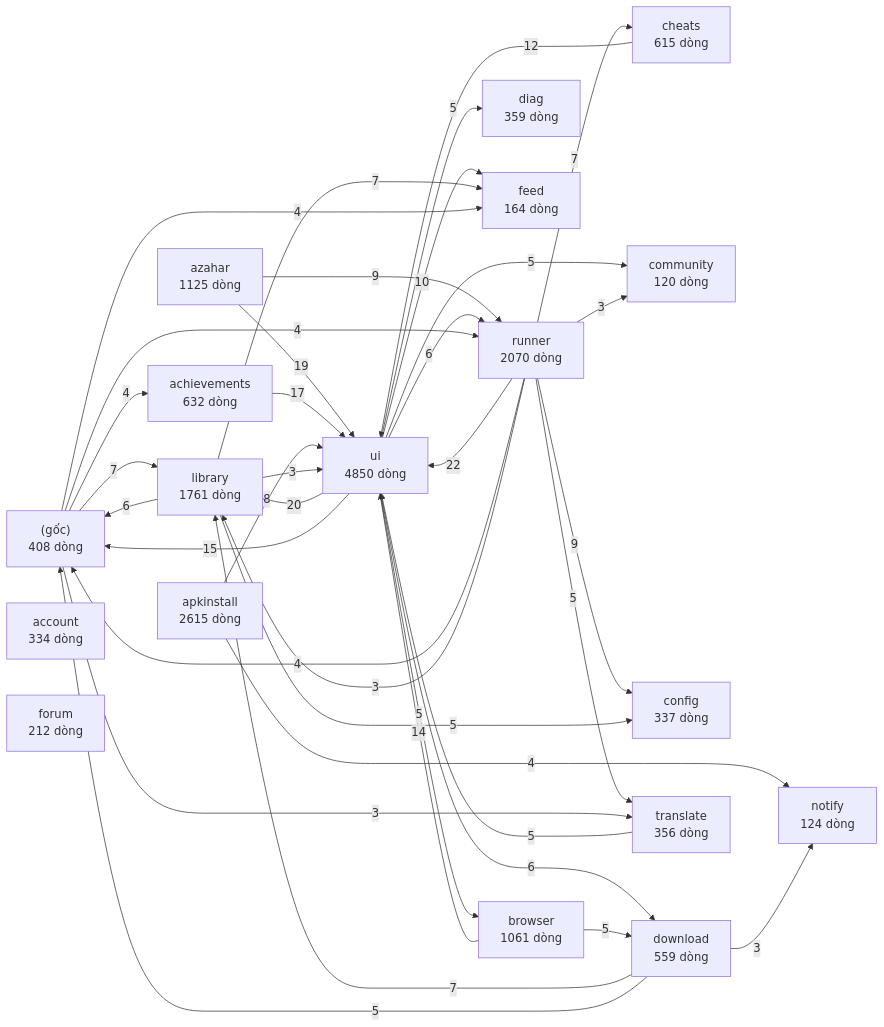
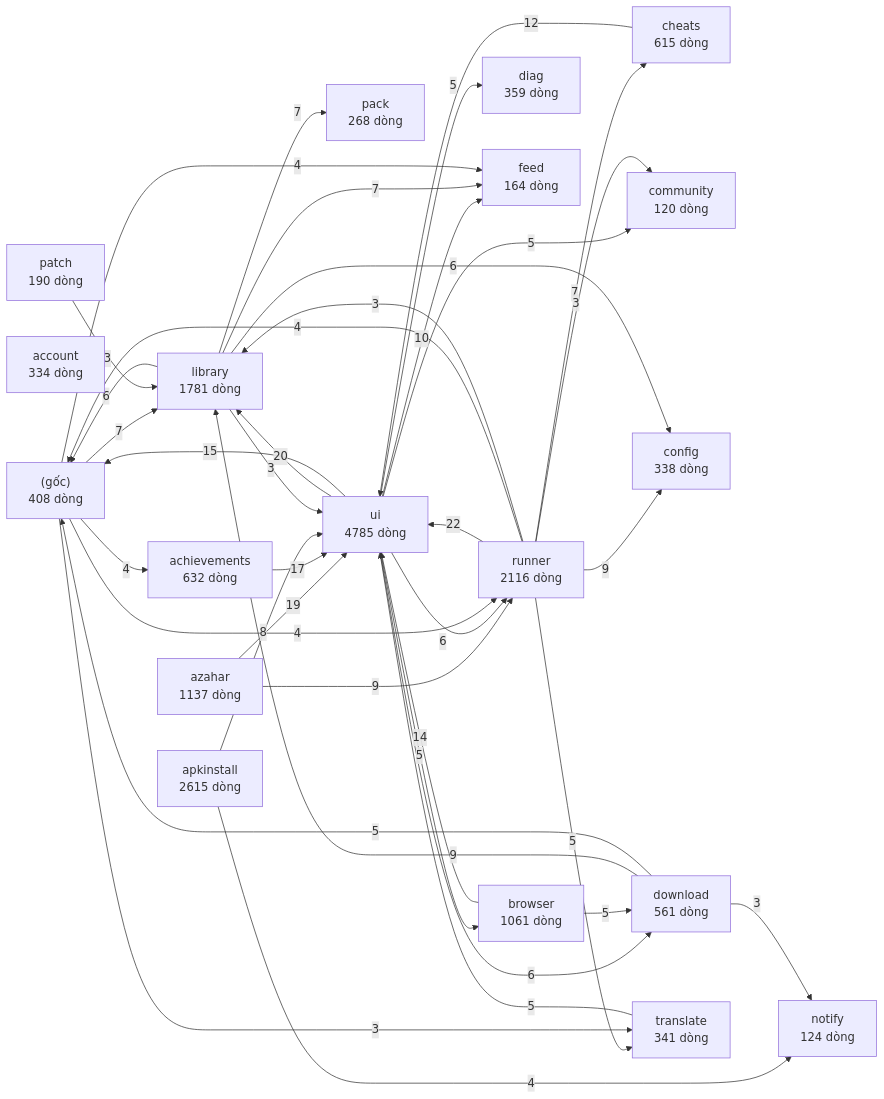
The diagram in docs/KIEN-TRUC.md (aowvn-10diem/aowvn-monika), drawn with Mermaid before and after one commit. The commit also changed other lines of this file and 11 other files, not shown here.

````diff
--- a/docs/KIEN-TRUC.md
+++ b/docs/KIEN-TRUC.md
@@ -39,57 +40,60 @@
 ```mermaid
 flowchart LR
   root["(gốc)\n408 dòng"]
   account["account\n334 dòng"]
   achievements["achievements\n632 dòng"]
   apkinstall["apkinstall\n2615 dòng"]
-  azahar["azahar\n1125 dòng"]
+  azahar["azahar\n1137 dòng"]
   browser["browser\n1061 dòng"]
   cheats["cheats\n615 dòng"]
   community["community\n120 dòng"]
-  config["config\n337 dòng"]
+  config["config\n338 dòng"]
   diag["diag\n359 dòng"]
-  download["download\n559 dòng"]
+  download["download\n561 dòng"]
   feed["feed\n164 dòng"]
-  forum["forum\n212 dòng"]
-  library["library\n1761 dòng"]
+  library["library\n1781 dòng"]
   notify["notify\n124 dòng"]
-  runner["runner\n2070 dòng"]
-  translate["translate\n356 dòng"]
-  ui["ui\n4850 dòng"]
+  pack["pack\n268 dòng"]
+  patch["patch\n190 dòng"]
+  runner["runner\n2116 dòng"]
+  translate["translate\n341 dòng"]
+  ui["ui\n4785 dòng"]
   runner -->|22| ui
   ui -->|20| library
   azahar -->|19| ui
   achievements -->|17| ui
   ui -->|15| root
   browser -->|14| ui
   cheats -->|12| ui
   ui -->|10| feed
   runner -->|9| config
   azahar -->|9| runner
+  download -->|9| library
   apkinstall -->|8| ui
   root -->|7| library
   runner -->|7| cheats
   library -->|7| feed
-  download -->|7| library
+  library -->|7| pack
   ui -->|6| runner
   ui -->|6| download
+  library -->|6| config
   library -->|6| root
   ui -->|5| diag
   ui -->|5| browser
   ui -->|5| community
   runner -->|5| translate
-  library -->|5| config
   browser -->|5| download
   translate -->|5| ui
   download -->|5| root
   root -->|4| runner
   root -->|4| feed
   root -->|4| achievements
   runner -->|4| root
   apkinstall -->|4| notify
   root -->|3| translate
   runner -->|3| community
   runner -->|3| library
   library -->|3| ui
   download -->|3| notify
+  patch -->|3| library
 ```
````
